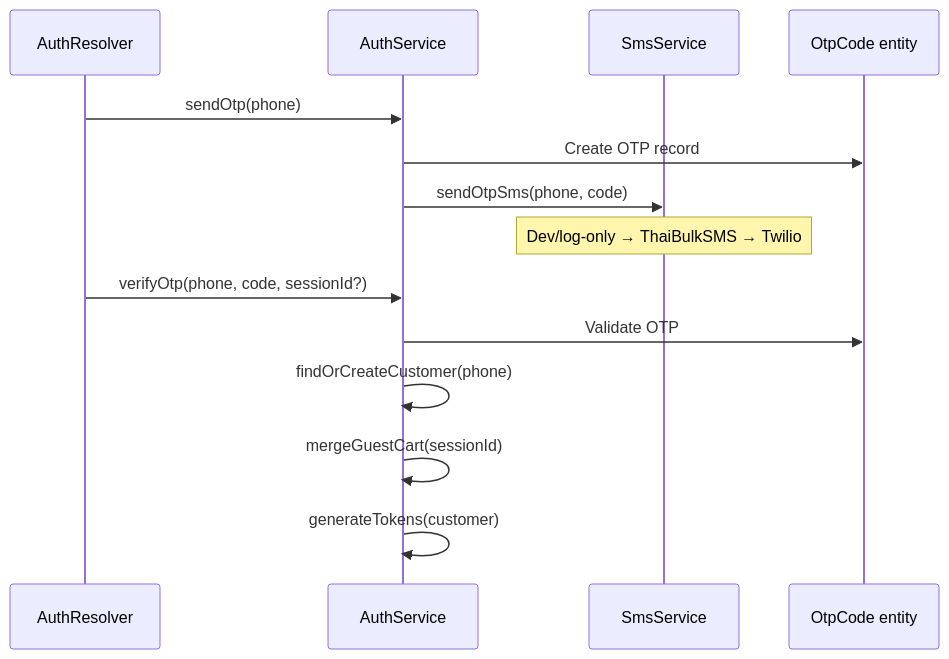
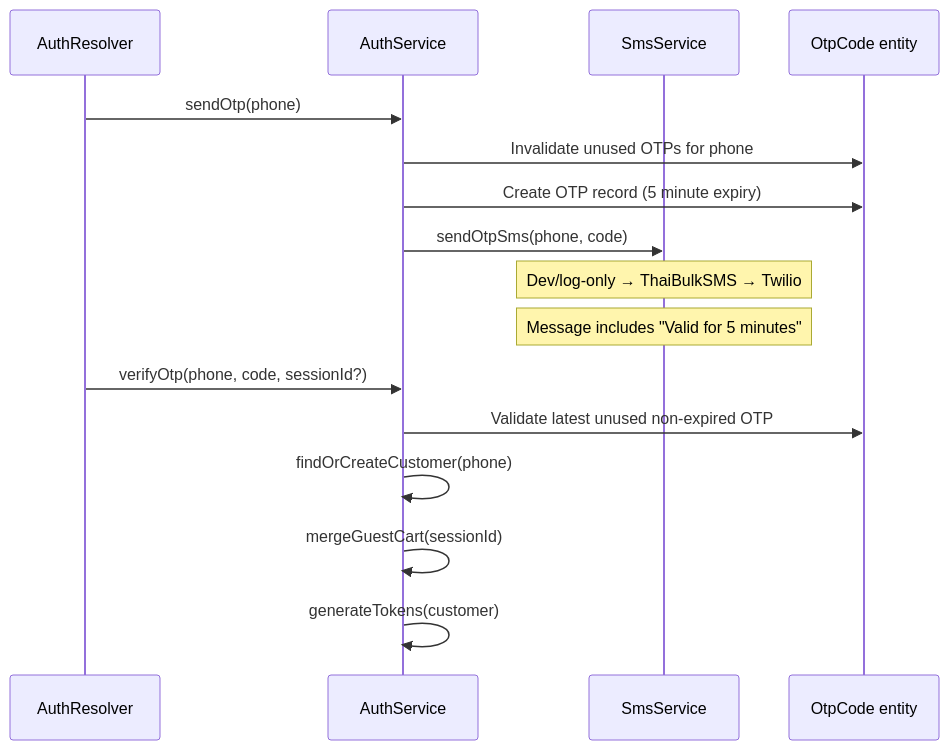
One commit to SOPet-Co-Ltd/new-sopet-backend changed the diagram in docs/authentication.md. Above: the diagram before and after it, drawn with Mermaid. The commit also changed other lines of this file and 5 other files, not shown here.

````diff
--- a/docs/authentication.md
+++ b/docs/authentication.md
@@ -15,18 +15,20 @@
 ```mermaid
 sequenceDiagram
   participant R as AuthResolver
   participant S as AuthService
   participant SMS as SmsService
   participant DB as OtpCode entity
 
   R->>S: sendOtp(phone)
-  S->>DB: Create OTP record
+  S->>DB: Invalidate unused OTPs for phone
+  S->>DB: Create OTP record (5 minute expiry)
   S->>SMS: sendOtpSms(phone, code)
   Note over SMS: Dev/log-only → ThaiBulkSMS → Twilio
+  Note over SMS: Message includes "Valid for 5 minutes"
 
   R->>S: verifyOtp(phone, code, sessionId?)
-  S->>DB: Validate OTP
+  S->>DB: Validate latest unused non-expired OTP
   S->>S: findOrCreateCustomer(phone)
   S->>S: mergeGuestCart(sessionId)
   S->>S: generateTokens(customer)
 ```
````
